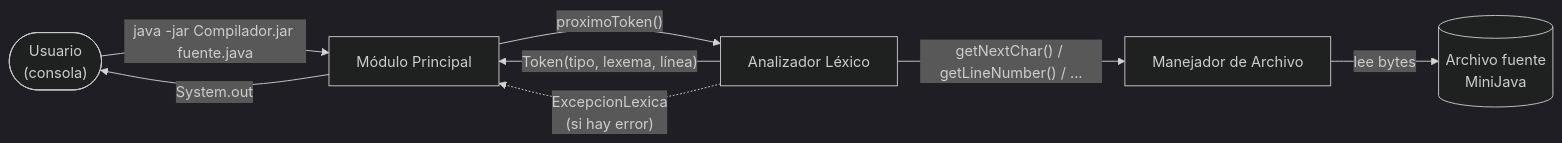
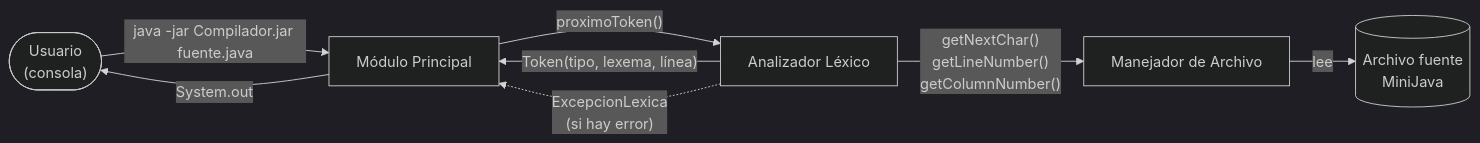
Before and after one commit to agustinpaul0/Proyecto-CEI: the second of 4 diagrams in documentacion/arquitectura.md, drawn with Mermaid (dark theme). The commit also changed other lines of this file and 31 other files, not shown here.

````diff
--- a/documentacion/arquitectura.md
+++ b/documentacion/arquitectura.md
@@ -29,10 +37,10 @@
 ```mermaid
 flowchart LR
-    Usuario(["Usuario\n(consola)"]) -->|"java -jar Compilador.jar fuente.java"| MP[Módulo Principal]
+    Usuario(["Usuario<br/>(consola)"]) -->|"java -jar Compilador.jar fuente.java"| MP[Módulo Principal]
     MP -->|"proximoToken()"| AL[Analizador Léxico]
-    AL -->|"getNextChar() / getLineNumber() / ..."| MA[Manejador de Archivo]
-    MA -->|lee bytes| Fuente[("Archivo fuente\nMiniJava")]
+    AL -->|"getNextChar()<br/>getLineNumber()<br/>getColumnNumber()"| MA[Manejador de Archivo]
+    MA -->|lee| Fuente[("Archivo fuente<br/>MiniJava")]
     AL -->|"Token(tipo, lexema, línea)"| MP
-    AL -.->|"ExcepcionLexica\n(si hay error)"| MP
+    AL -.->|"ExcepcionLexica<br/>(si hay error)"| MP
     MP -->|"System.out"| Usuario
 ```
````
